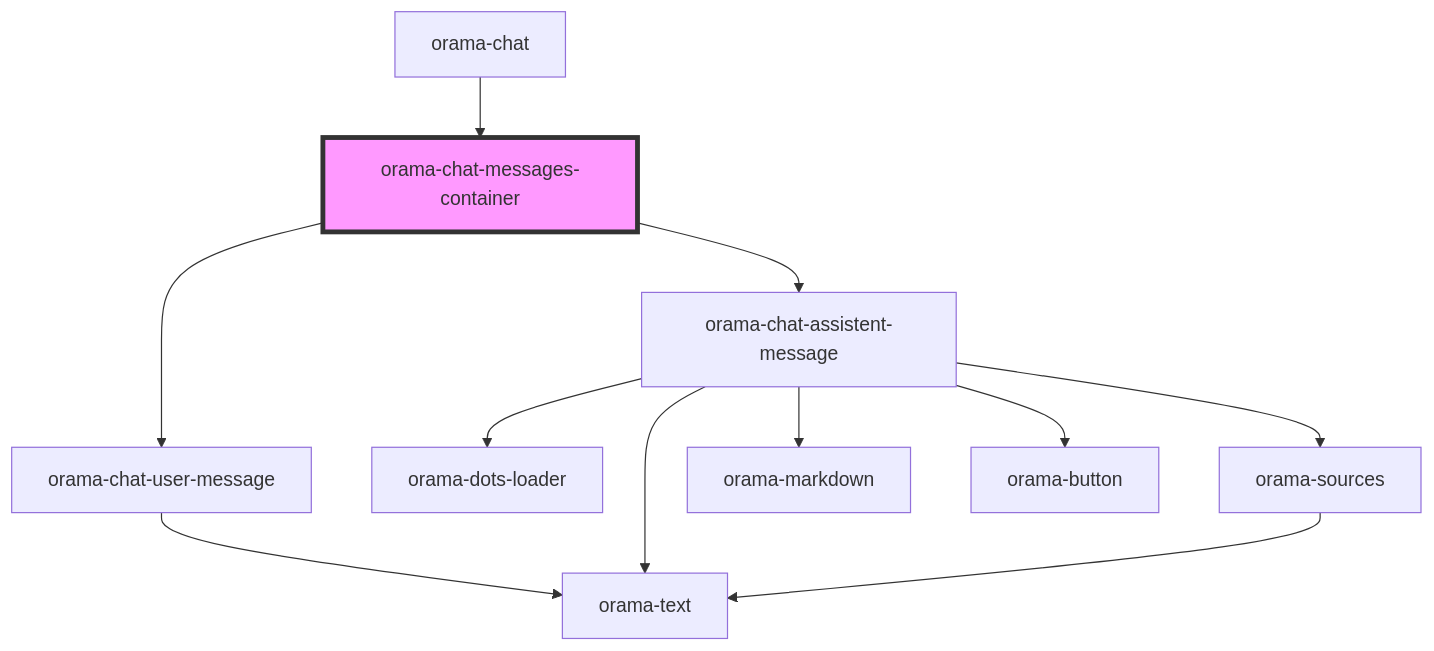
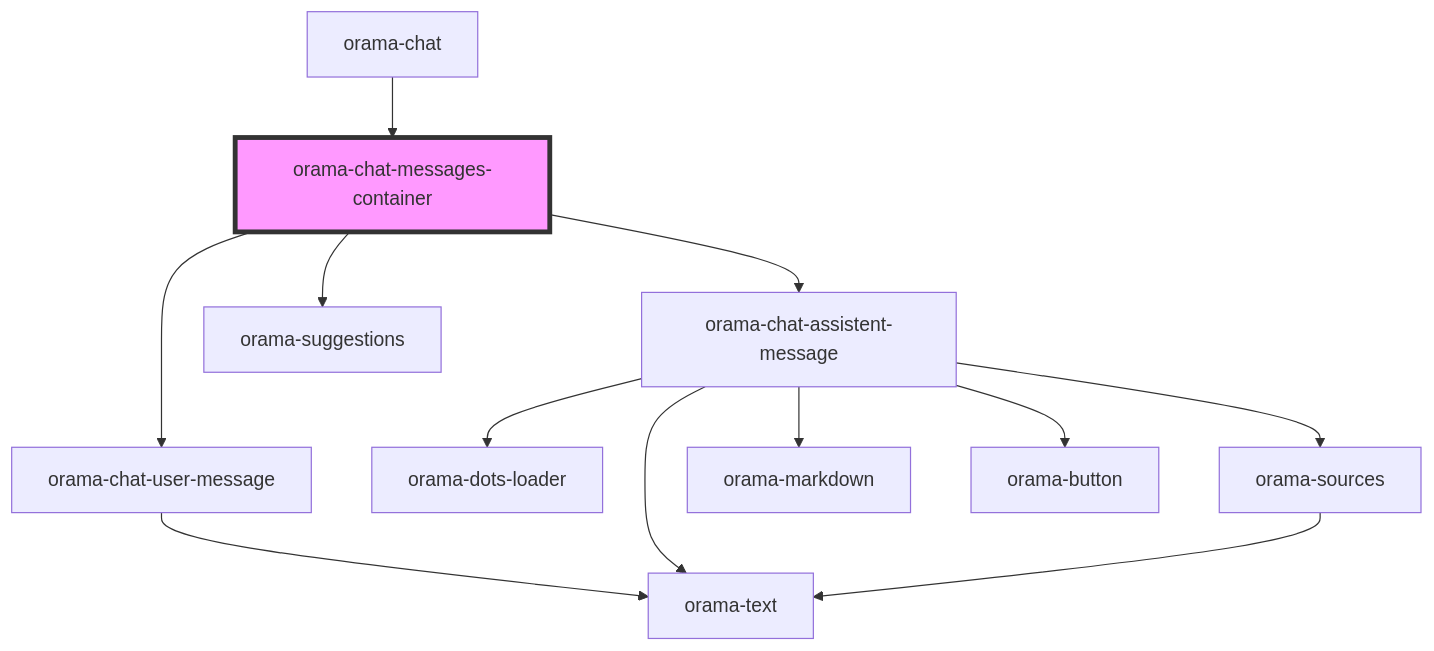
One commit to oramasearch/orama-ui-components changed the diagram in packages/ui-stencil/src/components/internal/orama-chat-messages-container/readme.md. Above: the diagram before and after it, drawn with Mermaid. The commit also changed other lines of this file and 14 other files, not shown here.

````diff
--- a/packages/ui-stencil/src/components/internal/orama-chat-messages-container/readme.md
+++ b/packages/ui-stencil/src/components/internal/orama-chat-messages-container/readme.md
@@ -27,14 +28,15 @@
 ```mermaid
 graph TD;
   orama-chat-messages-container --> orama-chat-user-message
   orama-chat-messages-container --> orama-chat-assistent-message
+  orama-chat-messages-container --> orama-suggestions
   orama-chat-user-message --> orama-text
   orama-chat-assistent-message --> orama-dots-loader
   orama-chat-assistent-message --> orama-text
   orama-chat-assistent-message --> orama-sources
   orama-chat-assistent-message --> orama-markdown
   orama-chat-assistent-message --> orama-button
   orama-sources --> orama-text
   orama-chat --> orama-chat-messages-container
   style orama-chat-messages-container fill:#f9f,stroke:#333,stroke-width:4px
 ```
````
